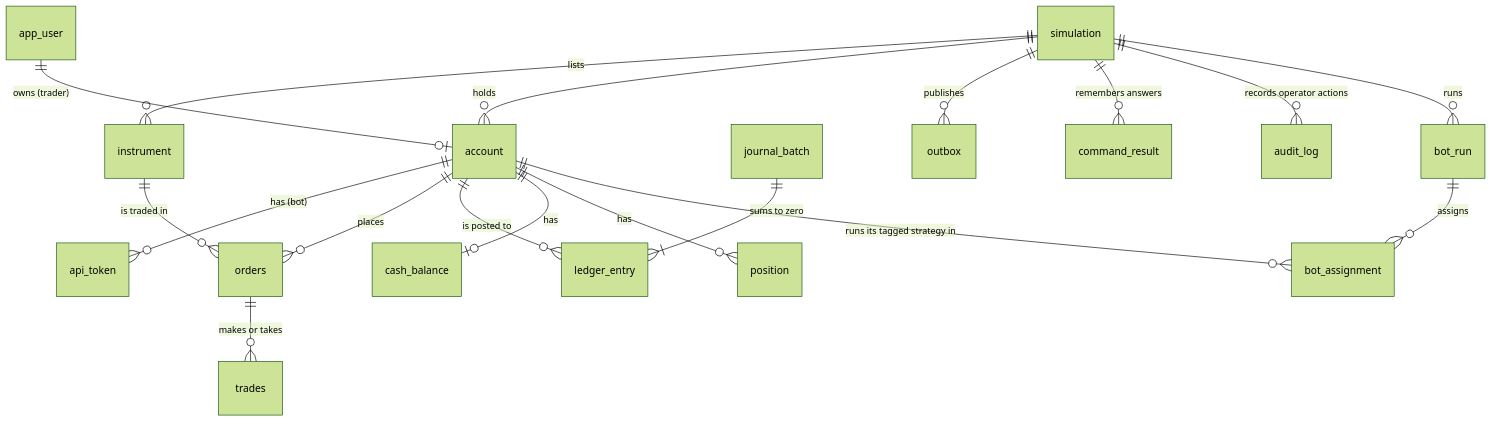
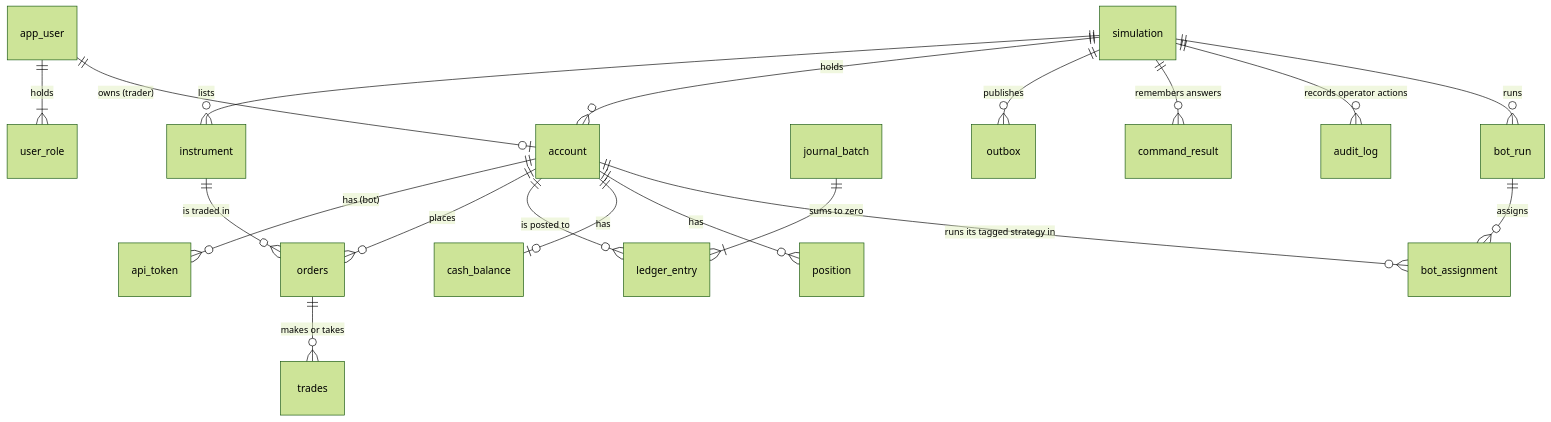
The seventh of 8 diagrams in docs/architecture.md (Princz-Mia/mini-stock-exchange), drawn with Mermaid (forest theme) before and after one commit. The commit also changed other lines of this file and 26 other files, not shown here.

````diff
--- a/docs/architecture.md
+++ b/docs/architecture.md
@@ -147,20 +147,21 @@
 ```mermaid
 erDiagram
   simulation ||--o{ instrument : lists
   simulation ||--o{ account : holds
+  app_user ||--|{ user_role : holds
   app_user ||--o| account : "owns (trader)"
   account ||--o{ api_token : "has (bot)"
   account ||--o{ orders : places
   instrument ||--o{ orders : "is traded in"
   orders ||--o{ trades : "makes or takes"
   journal_batch ||--|{ ledger_entry : "sums to zero"
   account ||--o{ ledger_entry : "is posted to"
   account ||--o| cash_balance : has
   account ||--o{ position : has
   simulation ||--o{ outbox : publishes
   simulation ||--o{ command_result : "remembers answers"
   simulation ||--o{ audit_log : "records operator actions"
   simulation ||--o{ bot_run : runs
   bot_run ||--o{ bot_assignment : assigns
   account ||--o{ bot_assignment : "runs its tagged strategy in"
 ```
````
